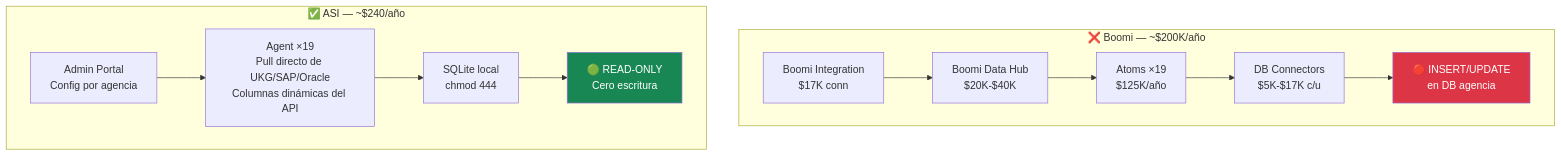
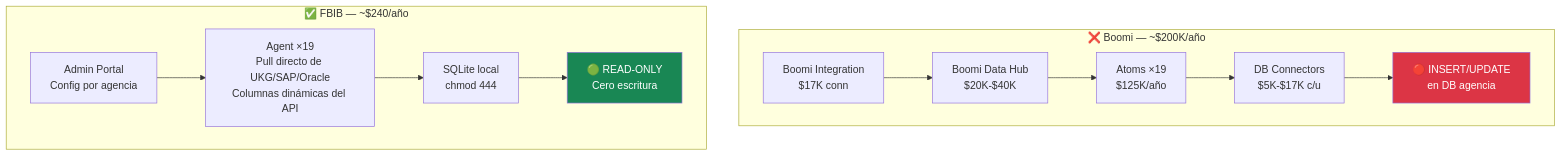
Before and after one commit to jcollazo/asi-deploy-hub: the eighth of 8 diagrams in docs/ARCHITECTURE_MERMAID.md, drawn with Mermaid. The commit also changed other lines of this file and 19 other files, not shown here.

First line of the commit message:
rebrand: ASI → FBIB en todo el proyecto

````diff
--- a/docs/ARCHITECTURE_MERMAID.md
+++ b/docs/ARCHITECTURE_MERMAID.md
@@ -301,23 +301,23 @@
 ```mermaid
 graph TB
     subgraph Boomi["❌ Boomi — ~$200K/año"]
         B1["Boomi Integration<br/>$17K conn"]
         B2["Boomi Data Hub<br/>$20K-$40K"]
         B3["Atoms ×19<br/>$125K/año"]
         B4["DB Connectors<br/>$5K-$17K c/u"]
         B5["🔴 INSERT/UPDATE<br/>en DB agencia"]
     end
 
-    subgraph ASI["✅ ASI — ~$240/año"]
+    subgraph FBIB["✅ FBIB — ~$240/año"]
         A1["Admin Portal<br/>Config por agencia"]
         A2["Agent ×19<br/>Pull directo de UKG/SAP/Oracle<br/>Columnas dinámicas del API"]
         A3["SQLite local<br/>chmod 444"]
         A4["🟢 READ-ONLY<br/>Cero escritura"]
     end
 
     B1 --> B2 --> B3 --> B4 --> B5
     A1 --> A2 --> A3 --> A4
 
     style B5 fill:#DC3545,color:#fff
     style A4 fill:#198754,color:#fff
 ```
````
